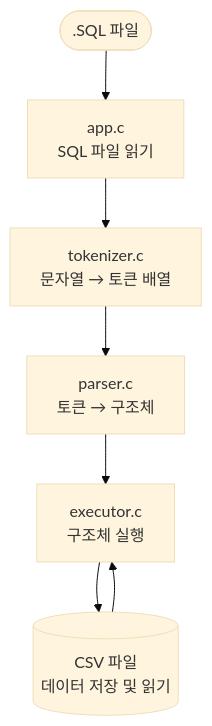
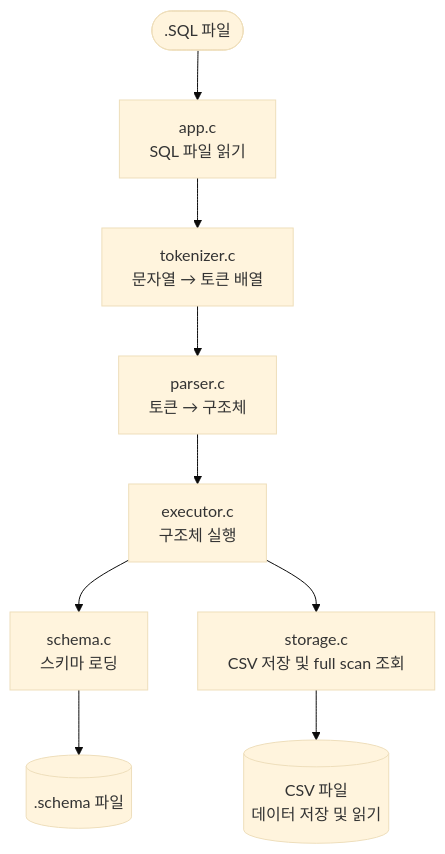
One commit to Jungle-12-303/week6-team5-sql changed the diagram in AGENTS.md. Above: the diagram before and after it, drawn with Mermaid (base theme). The commit also changed other lines of this file and 4 other files, not shown here.

````diff
--- a/AGENTS.md
+++ b/AGENTS.md
@@ -22,9 +26,11 @@
 ```mermaid
 flowchart TD
     A([.SQL 파일]) --> B[app.c<br>SQL 파일 읽기]
     B --> C[tokenizer.c<br>문자열 → 토큰 배열]
     C --> D[parser.c<br>토큰 → 구조체]
     D --> E[executor.c<br>구조체 실행]
-    E --> F[(CSV 파일<br>데이터 저장 및 읽기)]
-    F --> E
+    E --> F[schema.c<br>스키마 로딩]
+    E --> G[storage.c<br>CSV 저장 및 full scan 조회]
+    F --> I[(.schema 파일)]
+    G --> H[(CSV 파일<br>데이터 저장 및 읽기)]
 ```
````
